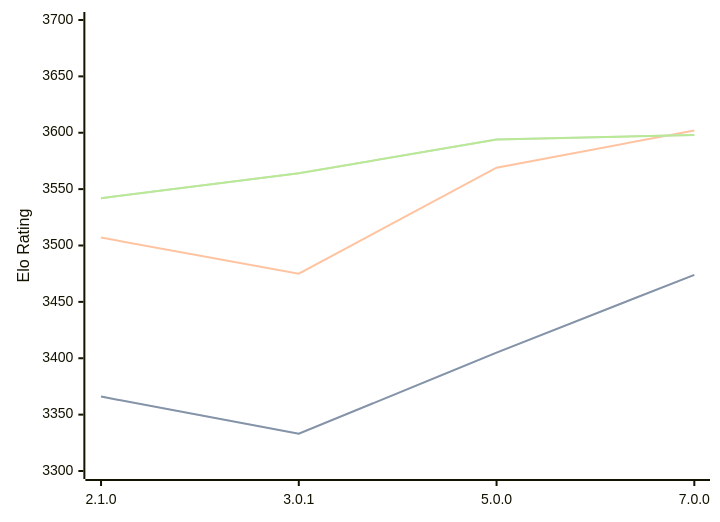
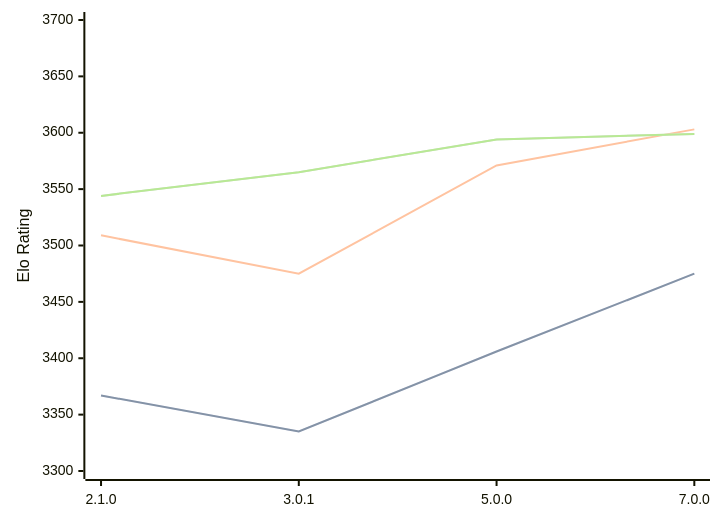
Before and after one commit to computer-chess-index/cci: the diagram in engines/PlentyChess.md, drawn with Mermaid. The commit also changed other lines of this file, not shown here.

Commit message:
Update CCI Ratings (ELO VLTC) - 2026-05-01

````diff
--- a/engines/PlentyChess.md
+++ b/engines/PlentyChess.md
@@ -45,11 +45,11 @@
 ```mermaid
 %%{init: {"theme":"base","themeVariables":{"seriesColors:['#a3a3a3','#222221','#faa371']}}}%%
 xychart-beta
   x-axis ["2.1.0", "3.0.1", "5.0.0", "7.0.0"]
   y-axis "Elo Rating" 3300 --> 3700
-  line "STC (8.0+0.08s)" [3366, 3333, 3405, 3474]
-  line "STC (8.0+0.08s)" [3366, 3333, 3405, 3474]
-  line "LTC (60.0+0.60s)" [3507, 3475, 3569, 3602]
-  line "VLTC (2m24s+1.12s)" [3542, 3564, 3594, 3598]
-  line "VLTC (2m24s+1.12s)" [3542, 3564, 3594, 3598]
+  line "STC (8.0+0.08s)" [3367, 3335, 3406, 3475]
+  line "STC (8.0+0.08s)" [3367, 3335, 3406, 3475]
+  line "LTC (60.0+0.60s)" [3509, 3475, 3571, 3603]
+  line "VLTC (2m24s+1.12s)" [3544, 3565, 3594, 3599]
+  line "VLTC (2m24s+1.12s)" [3544, 3565, 3594, 3599]
 ```
````
